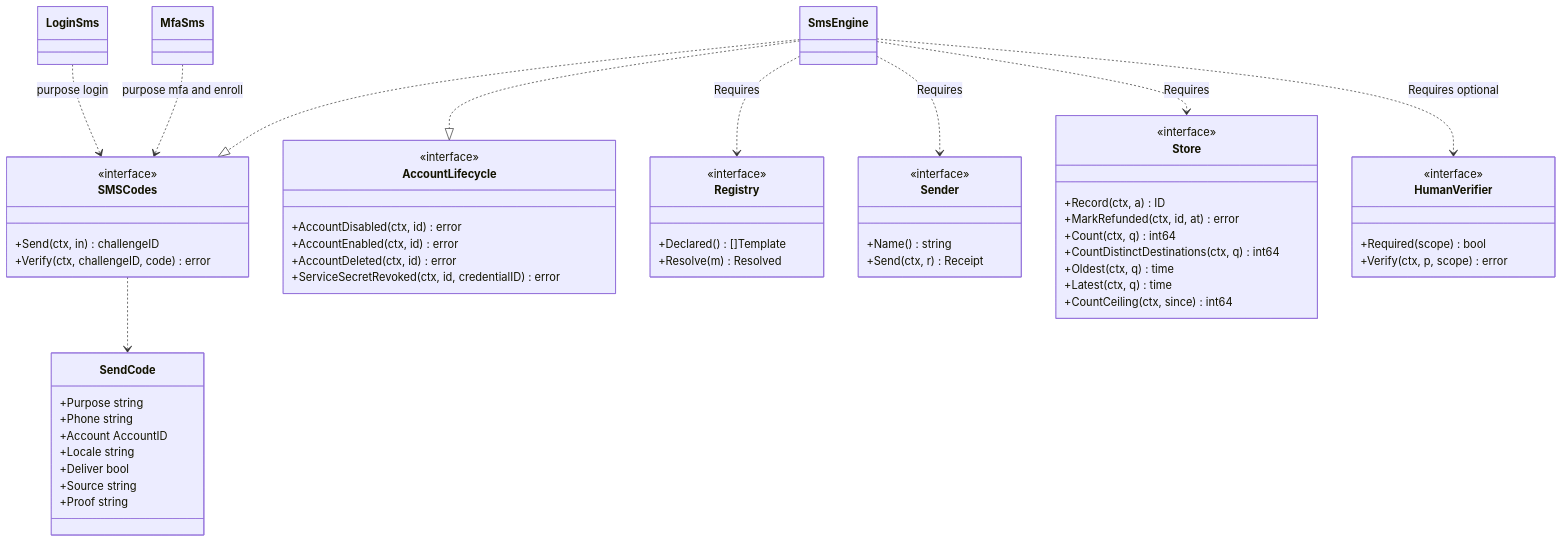
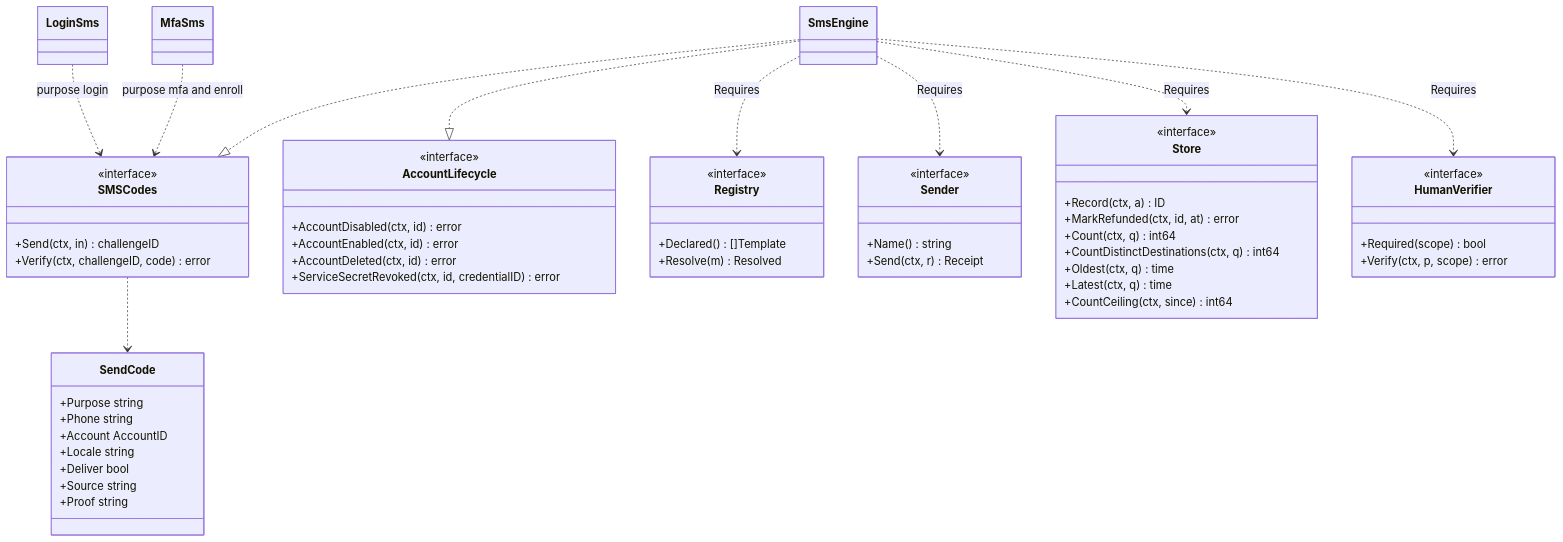
The first of 4 diagrams in docs/design/modules/authn/design-authn-sms.md (wangzw/speed), drawn with Mermaid before and after one commit. The commit also changed other lines of this file and 132 other files, not shown here.

````diff
--- a/docs/design/modules/authn/design-authn-sms.md
+++ b/docs/design/modules/authn/design-authn-sms.md
@@ -171,61 +171,61 @@
 ```mermaid
 classDiagram
     class SMSCodes {
         <<interface>>
         +Send(ctx, in) challengeID
         +Verify(ctx, challengeID, code) error
     }
     class AccountLifecycle {
         <<interface>>
         +AccountDisabled(ctx, id) error
         +AccountEnabled(ctx, id) error
         +AccountDeleted(ctx, id) error
         +ServiceSecretRevoked(ctx, id, credentialID) error
     }
     class Registry {
         <<interface>>
         +Declared() []Template
         +Resolve(m) Resolved
     }
     class Sender {
         <<interface>>
         +Name() string
         +Send(ctx, r) Receipt
     }
     class Store {
         <<interface>>
         +Record(ctx, a) ID
         +MarkRefunded(ctx, id, at) error
         +Count(ctx, q) int64
         +CountDistinctDestinations(ctx, q) int64
         +Oldest(ctx, q) time
         +Latest(ctx, q) time
         +CountCeiling(ctx, since) int64
     }
     class HumanVerifier {
         <<interface>>
         +Required(scope) bool
         +Verify(ctx, p, scope) error
     }
     class SendCode {
         +Purpose string
         +Phone string
         +Account AccountID
         +Locale string
         +Deliver bool
         +Source string
         +Proof string
     }
     class SmsEngine
     class LoginSms
     class MfaSms
     SmsEngine ..|> SMSCodes
     SmsEngine ..|> AccountLifecycle
     SmsEngine ..> Registry : Requires
     SmsEngine ..> Sender : Requires
     SmsEngine ..> Store : Requires
-    SmsEngine ..> HumanVerifier : Requires optional
+    SmsEngine ..> HumanVerifier : Requires
     LoginSms ..> SMSCodes : purpose login
     MfaSms ..> SMSCodes : purpose mfa and enroll
     SMSCodes ..> SendCode
 ```
````
